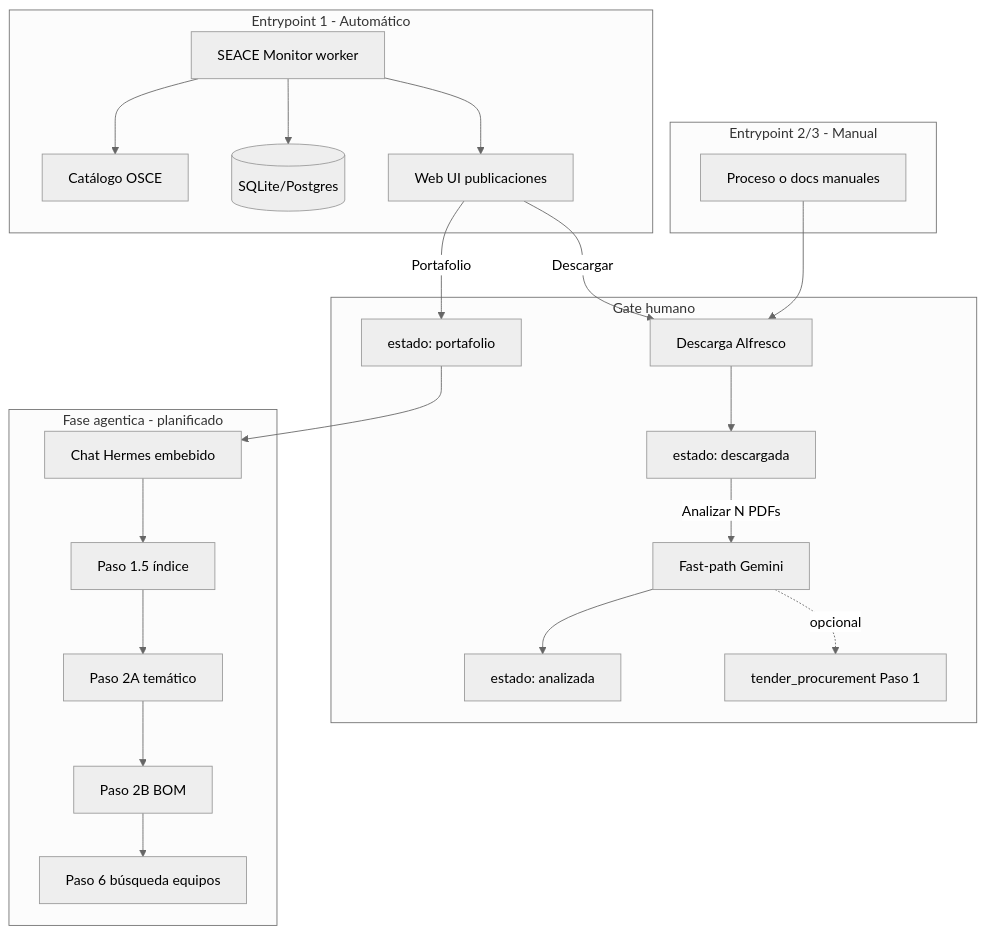
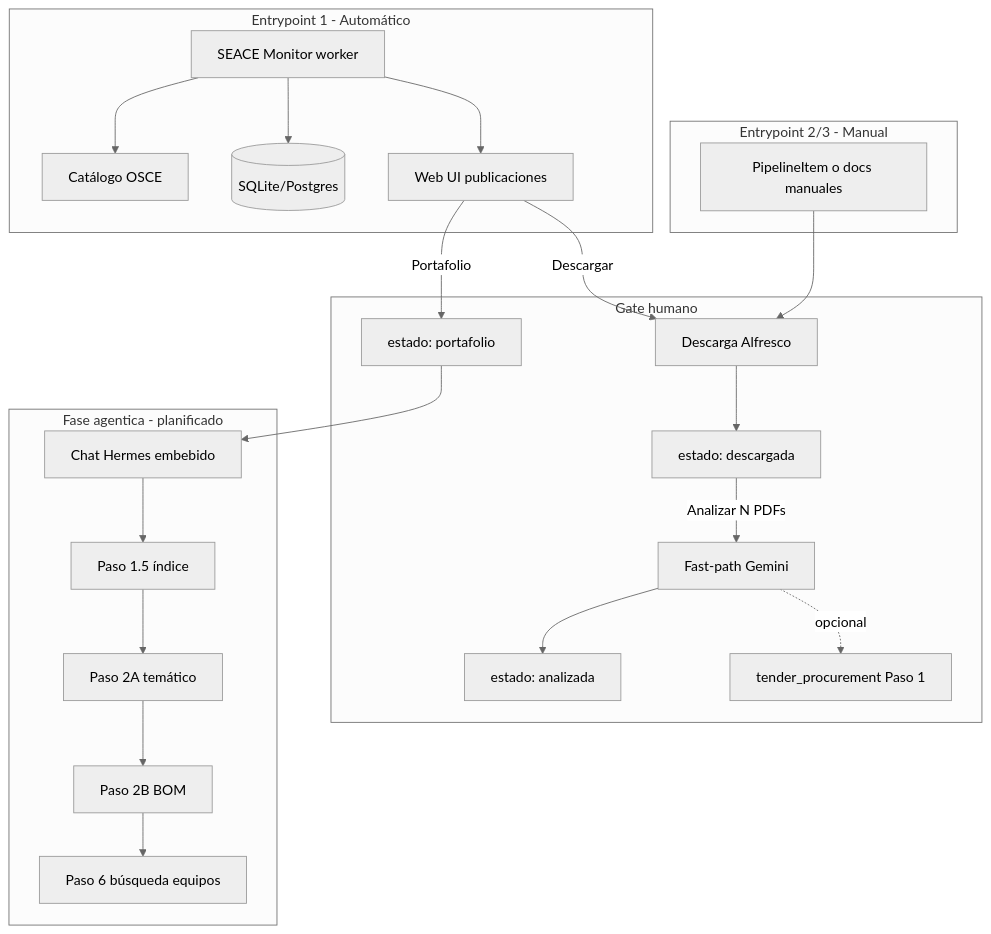
Before and after one commit to rmichelena/tender_workflows: the diagram in docs/INTEGRATION.md, drawn with Mermaid (neutral theme). The commit also changed other lines of this file and 8 other files, not shown here.

````diff
--- a/docs/INTEGRATION.md
+++ b/docs/INTEGRATION.md
@@ -7,32 +7,32 @@
 ```mermaid
 flowchart TB
   subgraph entry1 [Entrypoint 1 - Automático]
     SEACE[SEACE Monitor worker]
     OSCE[Catálogo OSCE]
     SEACE --> OSCE
     SEACE --> DB[(SQLite/Postgres)]
     SEACE --> UI[Web UI publicaciones]
   end
 
   subgraph gate [Gate humano]
     UI -->|Descargar| DL[Descarga Alfresco]
     DL --> DESC[estado: descargada]
     DESC -->|Analizar N PDFs| FAST[Fast-path Gemini]
     FAST --> ST[estado: analizada]
     UI -->|Portafolio| PF[estado: portafolio]
     FAST -.->|opcional| TP[tender_procurement Paso 1]
   end
 
   subgraph entry2 [Entrypoint 2/3 - Manual]
-    MAN[Proceso o docs manuales]
+    MAN[PipelineItem o docs manuales]
     MAN --> DL
   end
 
   subgraph later [Fase agentica - planificado]
     PF --> CHAT[Chat Hermes embebido]
     CHAT --> IDX[Paso 1.5 índice]
     IDX --> T2A[Paso 2A temático]
     T2A --> BOM[Paso 2B BOM]
     BOM --> S6[Paso 6 búsqueda equipos]
   end
 ```
````
